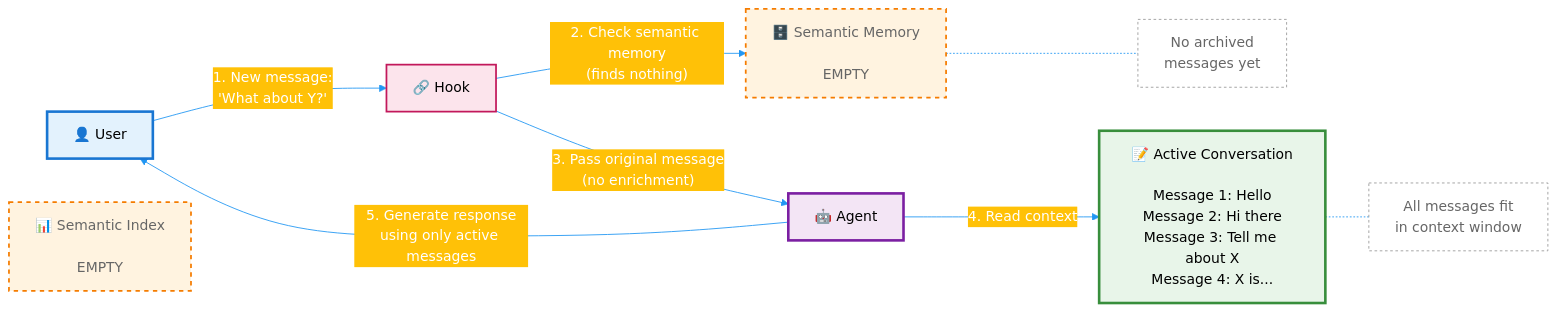
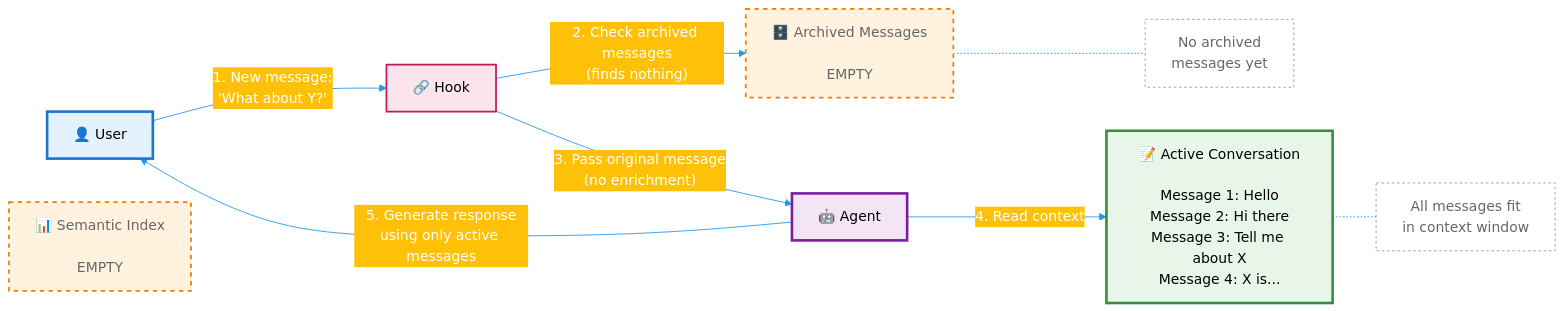
One commit to danilop/strands-agents-semantic-summarizing-conversation-manager changed the first of 5 diagrams in README.md. Above: the diagram before and after it, drawn with Mermaid. The commit also changed other lines of this file, not shown here.

First line of the commit message:
Improve Phase 2 diagram flow and rename to 'Archived Messages'

````diff
--- a/README.md
+++ b/README.md
@@ -117,39 +117,39 @@
 ```mermaid
 %%{init: {"theme": "base", "themeVariables": {"primaryColor": "#4CAF50", "primaryTextColor": "#fff", "primaryBorderColor": "#388E3C", "lineColor": "#2196F3", "secondaryColor": "#FFC107", "tertiaryColor": "#FF5722"}}}%%
 graph LR
     %% Node styles
     classDef userStyle fill:#E3F2FD,stroke:#1976D2,stroke-width:3px,color:#000
     classDef agentStyle fill:#F3E5F5,stroke:#7B1FA2,stroke-width:3px,color:#000
     classDef activeStyle fill:#E8F5E9,stroke:#388E3C,stroke-width:3px,color:#000
     classDef emptyStyle fill:#FFF3E0,stroke:#F57C00,stroke-width:2px,stroke-dasharray:5 5,color:#666
     classDef hookStyle fill:#FCE4EC,stroke:#C2185B,stroke-width:2px,color:#000
 
     %% Nodes
     User[👤 User]
     Hook[🔗 Hook]
     Agent[🤖 Agent]
     ActiveConv[📝 Active Conversation<br/><br/>Message 1: Hello<br/>Message 2: Hi there<br/>Message 3: Tell me about X<br/>Message 4: X is...]
-    SemanticMemory[🗄️ Semantic Memory<br/><br/>EMPTY]
+    ArchivedMessages[🗄️ Archived Messages<br/><br/>EMPTY]
     SemanticIndex[📊 Semantic Index<br/><br/>EMPTY]
 
     %% Connections with labels
     User -->|"1. New message:<br/>'What about Y?'"| Hook
-    Hook -->|"2. Check semantic memory<br/>(finds nothing)"| SemanticMemory
+    Hook -->|"2. Check archived messages<br/>(finds nothing)"| ArchivedMessages
     Hook -->|"3. Pass original message<br/>(no enrichment)"| Agent
     Agent -->|"4. Read context"| ActiveConv
     Agent -->|"5. Generate response<br/>using only active messages"| User
 
     %% Apply styles
     class User userStyle
     class Agent agentStyle
     class ActiveConv activeStyle
-    class SemanticMemory,SemanticIndex emptyStyle
+    class ArchivedMessages,SemanticIndex emptyStyle
     class Hook hookStyle
 
     %% Notes
     ActiveConv -.- Note1[All messages fit<br/>in context window]
-    SemanticMemory -.- Note2[No archived<br/>messages yet]
+    ArchivedMessages -.- Note2[No archived<br/>messages yet]
 
     style Note1 fill:#FFFFFF,stroke:#999,stroke-width:1px,stroke-dasharray:3 3,color:#666
     style Note2 fill:#FFFFFF,stroke:#999,stroke-width:1px,stroke-dasharray:3 3,color:#666
 ```
````
